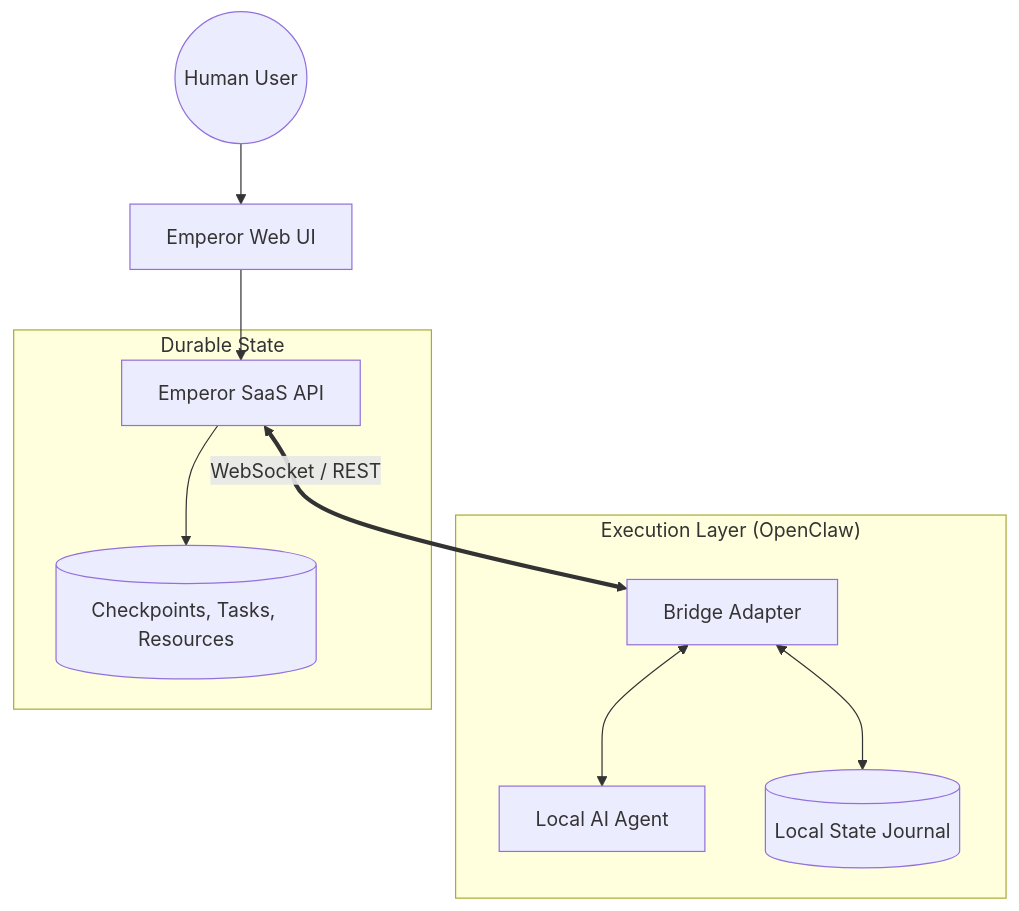
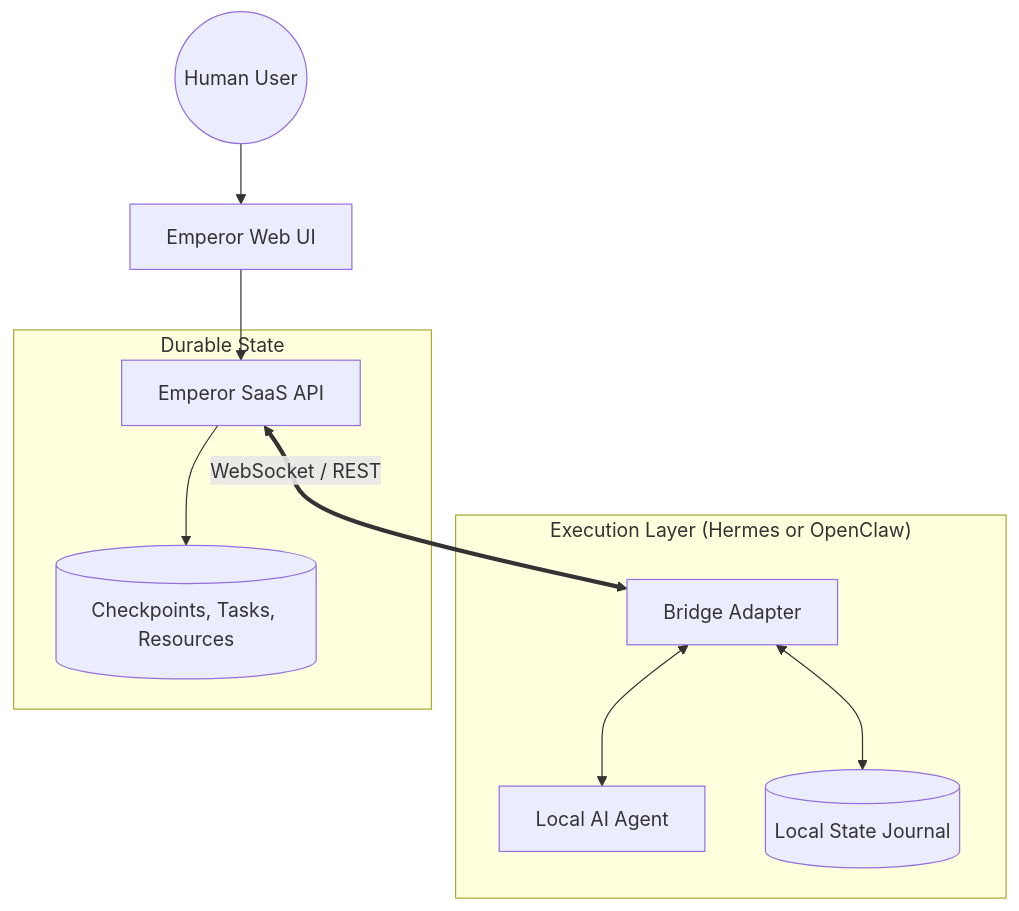
Before and after one commit to emperorclaw/emperorclaw: the diagram in src/content/docs/v1.1/overview.md, drawn with Mermaid. The commit also changed other lines of this file and 10 other files, not shown here.

````diff
--- a/src/content/docs/v1.1/overview.md
+++ b/src/content/docs/v1.1/overview.md
@@ -88,19 +88,19 @@
 ```mermaid
 graph TD
     User((Human User)) --> Web[Emperor Web UI]
     Web --> SaaS[Emperor SaaS API]
     
-    subgraph "Execution Layer (OpenClaw)"
+    subgraph "Execution Layer (Hermes or OpenClaw)"
         Bridge[Bridge Adapter]
         Agent[Local AI Agent]
         Disk[(Local State Journal)]
     end
     
     SaaS <== WebSocket / REST ==> Bridge
     Bridge <--> Agent
     Bridge <--> Disk
     
     subgraph "Durable State"
         SaaS --> DB[(Checkpoints, Tasks, Resources)]
     end
 ```
````
